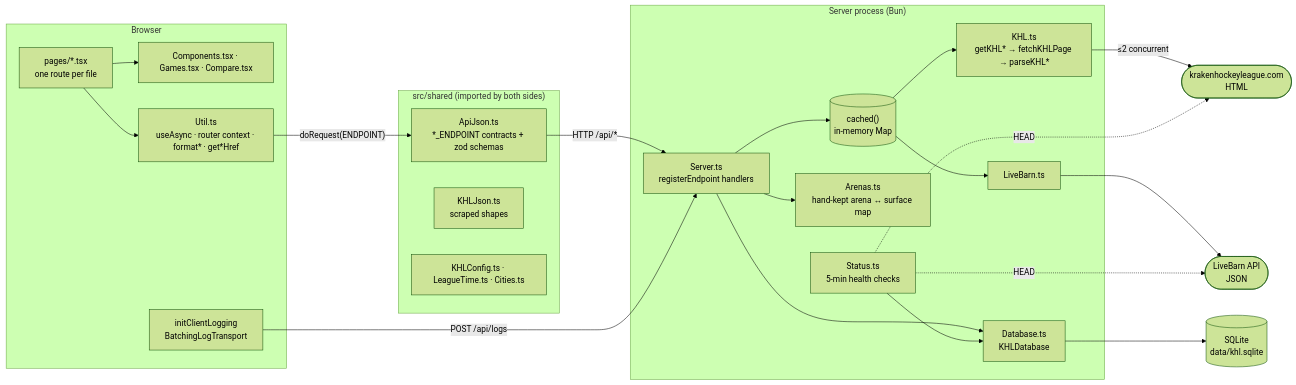
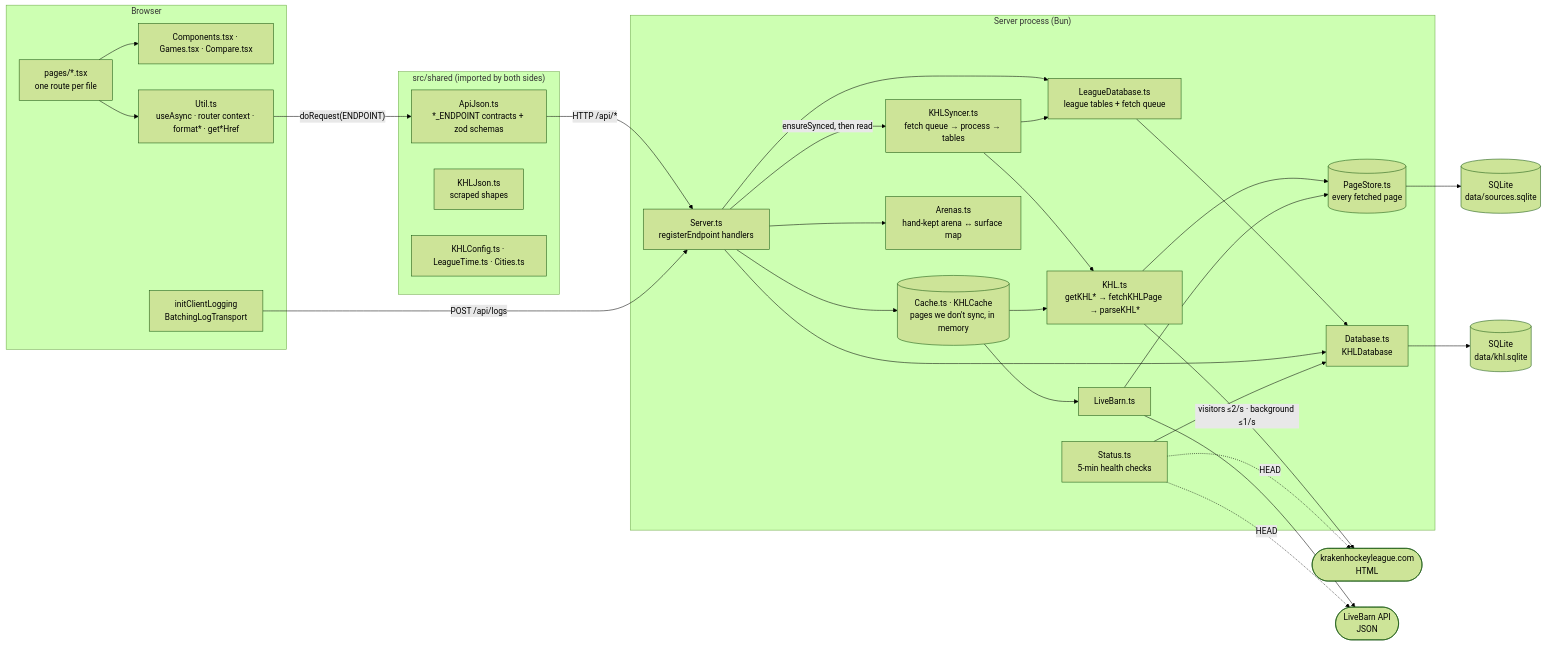
The first of 7 diagrams in projects/khl/ARCHITECTURE.md (dvdzkwsk/dvdzkwsk), drawn with Mermaid (forest theme) before and after one commit. The commit also changed other lines of this file and 28 other files, not shown here.

First line of the commit message:
KHL: keep a synced copy of the league in SQLite, and serve the site from it (#22)

````diff
--- a/projects/khl/ARCHITECTURE.md
+++ b/projects/khl/ARCHITECTURE.md
@@ -5,46 +5,58 @@
 ```mermaid
 flowchart LR
     subgraph Browser
         Pages["pages/*.tsx<br/>one route per file"]
         UI["Components.tsx · Games.tsx · Compare.tsx"]
         Util["Util.ts<br/>useAsync · router context · format* · get*Href"]
         ClientLog["initClientLogging<br/>BatchingLogTransport"]
         Pages --> UI
         Pages --> Util
     end
 
     subgraph Shared["src/shared (imported by both sides)"]
         ApiJson["ApiJson.ts<br/>*_ENDPOINT contracts + zod schemas"]
         KHLJson["KHLJson.ts<br/>scraped shapes"]
         Config["KHLConfig.ts · LeagueTime.ts · Cities.ts"]
     end
 
     subgraph Server["Server process (Bun)"]
         Express["Server.ts<br/>registerEndpoint handlers"]
-        Cache[("cached()<br/>in-memory Map")]
+        Cache[("Cache.ts · KHLCache<br/>pages we don't sync, in memory")]
+        PageStore[("PageStore.ts<br/>every fetched page")]
+        Syncer["KHLSyncer.ts<br/>fetch queue → process → tables"]
+        League["LeagueDatabase.ts<br/>league tables + fetch queue"]
         KHL["KHL.ts<br/>getKHL* → fetchKHLPage → parseKHL*"]
         LB["LiveBarn.ts"]
         Arenas["Arenas.ts<br/>hand-kept arena ↔ surface map"]
         DB["Database.ts<br/>KHLDatabase"]
         Status["Status.ts<br/>5-min health checks"]
     end
 
     SQLite[("SQLite<br/>data/khl.sqlite")]
+    PagesDB[("SQLite<br/>data/sources.sqlite")]
     KHLSite(["krakenhockeyleague.com<br/>HTML"])
     LBAPI(["LiveBarn API<br/>JSON"])
 
     Util -- "doRequest(ENDPOINT)" --> ApiJson
     ApiJson -- "HTTP /api/*" --> Express
     ClientLog -- "POST /api/logs" --> Express
     Express --> Cache
+    Express -- "ensureSynced, then read" --> Syncer
+    Express --> League
+    Syncer --> KHL
+    Syncer --> League
+    League --> DB
     Cache --> KHL
     Cache --> LB
+    KHL --> PageStore
+    LB --> PageStore
+    PageStore --> PagesDB
     Express --> Arenas
     Express --> DB
     Status --> DB
     DB --> SQLite
-    KHL -- "≤2 concurrent" --> KHLSite
+    KHL -- "visitors ≤2/s · background ≤1/s" --> KHLSite
     LB --> LBAPI
     Status -. "HEAD" .-> KHLSite
     Status -. "HEAD" .-> LBAPI
 ```
````
